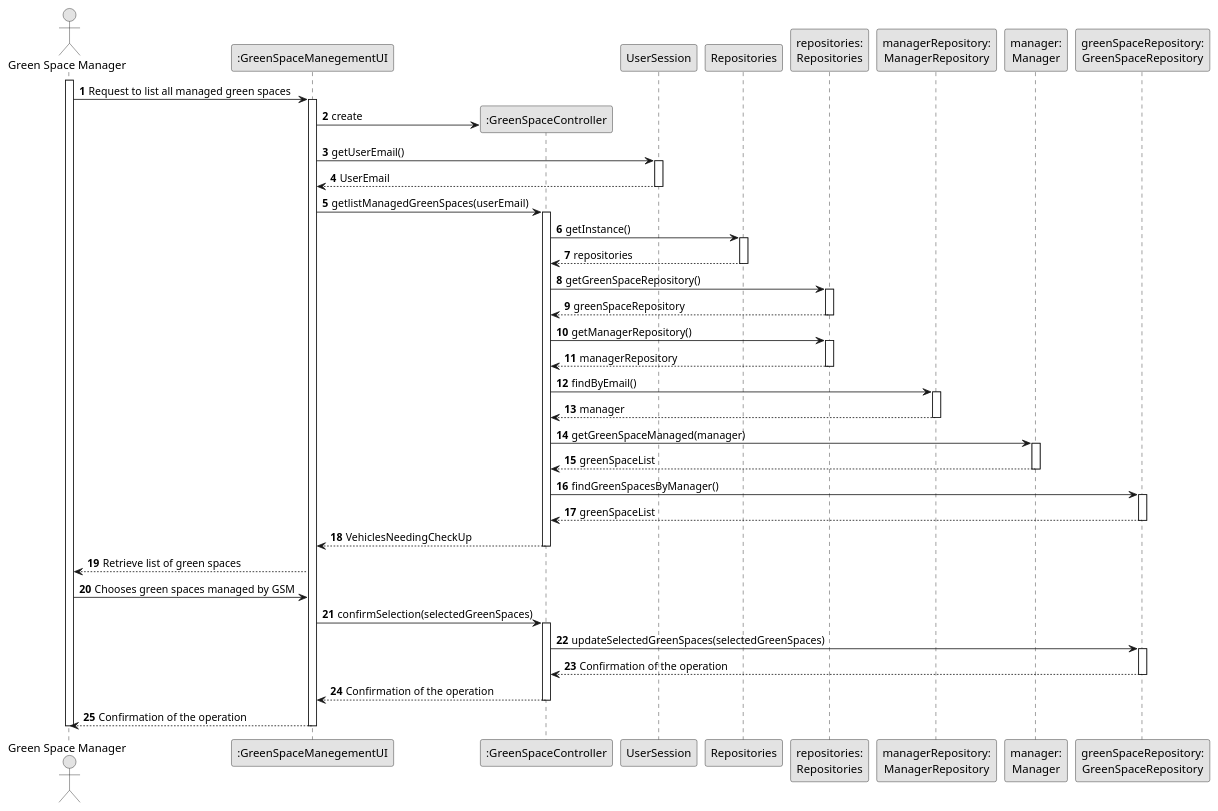
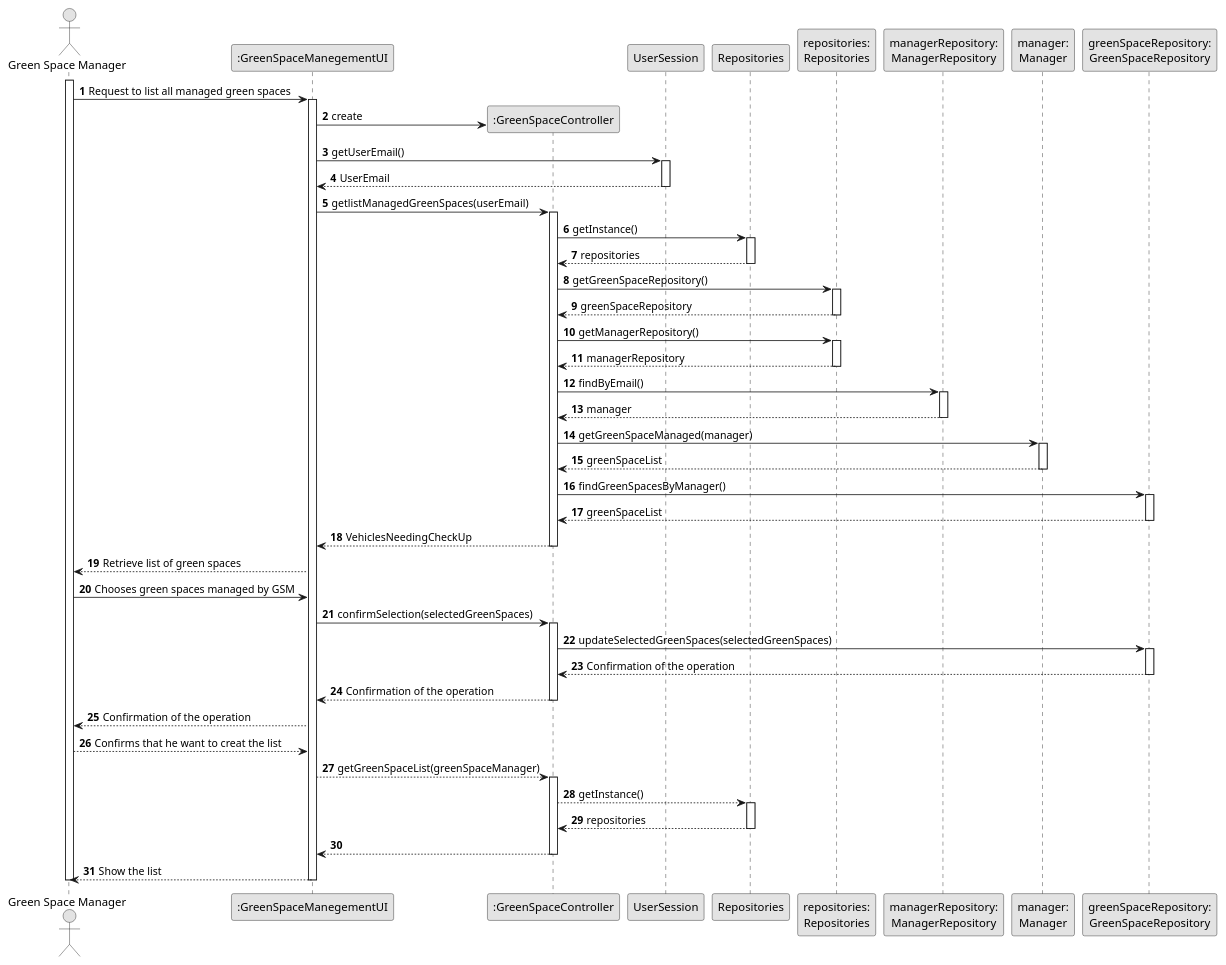
The diagram in docs/SprintC/us27/03.design/puml/us027-sequence-diagram-full.puml (Departamento-de-Engenharia-Informatica/lei-24-s2-1df-1de-g063), drawn with PlantUML before and after one commit. The commit also changed 2 other files, not shown here.

```diff
--- a/docs/SprintC/us27/03.design/puml/us027-sequence-diagram-full.puml
+++ b/docs/SprintC/us27/03.design/puml/us027-sequence-diagram-full.puml
@@ -1,106 +1,126 @@
 @startuml
 skinparam monochrome true
 skinparam packageStyle rectangle
 skinparam shadowing false
 
 autonumber
 
 'hide footbox
 actor "Green Space Manager" as VFM
 participant ":GreenSpaceManegementUI" as UI
 participant ":GreenSpaceController" as CTRL
 participant "UserSession" as usersession
 participant "Repositories" as Rep
 participant "repositories:\nRepositories" as Repositories
 participant "managerRepository:\nManagerRepository" as VehicleRepository
 participant "manager:\nManager" as Vehicle
 participant "greenSpaceRepository:\nGreenSpaceRepository" as greenSpaceRepository
 
 activate VFM
 
 VFM -> UI : Request to list all managed green spaces
 
     activate UI
 
         UI -> CTRL** : create
 
         UI -> usersession : getUserEmail()
                activate usersession
 
         usersession --> UI : UserEmail
         deactivate usersession
 
 
         UI -> CTRL : getlistManagedGreenSpaces(userEmail)
         activate CTRL
 
             CTRL -> Rep : getInstance()
             activate Rep
 
                 Rep --> CTRL : repositories
             deactivate Rep
 
             CTRL -> Repositories : getGreenSpaceRepository()
             activate Repositories
 
             Repositories --> CTRL : greenSpaceRepository
             deactivate Repositories
 
 
             CTRL -> Repositories : getManagerRepository()
             activate Repositories
 
                 Repositories --> CTRL : managerRepository
             deactivate Repositories
 
             CTRL -> VehicleRepository : findByEmail()
                         activate VehicleRepository
 
                             VehicleRepository --> CTRL : manager
                         deactivate VehicleRepository
 
             CTRL -> Vehicle : getGreenSpaceManaged(manager)
                                     activate Vehicle
 
                                         Vehicle --> CTRL : greenSpaceList
                                     deactivate Vehicle
 
              CTRL -> "greenSpaceRepository" : findGreenSpacesByManager()
                                                 activate "greenSpaceRepository"
 
                                                     "greenSpaceRepository" --> CTRL : greenSpaceList
                                                 deactivate "greenSpaceRepository"
 
 
 
 
             CTRL --> UI : VehiclesNeedingCheckUp
         deactivate CTRL
 
         UI --> VFM : Retrieve list of green spaces
 
 
 
 VFM -> UI : Chooses green spaces managed by GSM
 
 
  UI -> CTRL : confirmSelection(selectedGreenSpaces)
         activate CTRL
 
         CTRL -> "greenSpaceRepository" : updateSelectedGreenSpaces(selectedGreenSpaces)
                                                         activate "greenSpaceRepository"
 
                                                             "greenSpaceRepository" --> CTRL : Confirmation of the operation
                                                         deactivate "greenSpaceRepository"
 
 
 
          CTRL --> UI : Confirmation of the operation
                 deactivate CTRL
 
 
 UI --> VFM : Confirmation of the operation
+
+VFM --> UI : Confirms that he want to creat the list
+
+    UI --> CTRL : getGreenSpaceList(greenSpaceManager)
+    activate CTRL
+
+        CTRL --> Rep : getInstance()
+        activate Rep
+
+        Rep --> CTRL : repositories
+        deactivate Rep
+
+
+
+    CTRL --> UI :
+    deactivate CTRL
+
+
+UI --> VFM : Show the list
+
 deactivate UI
 deactivate VFM
 
 @enduml
```
